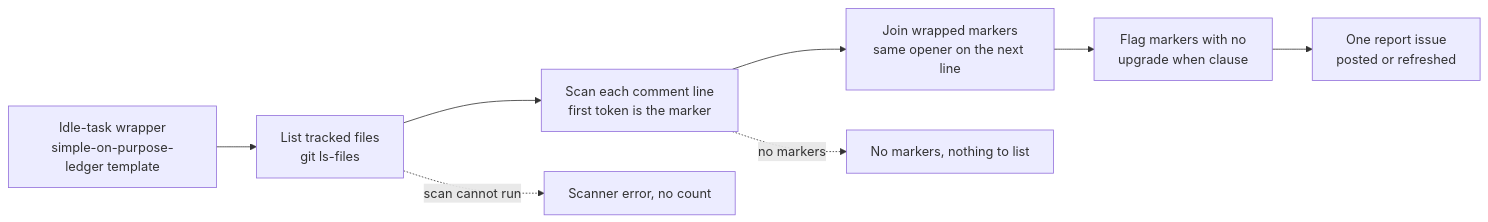
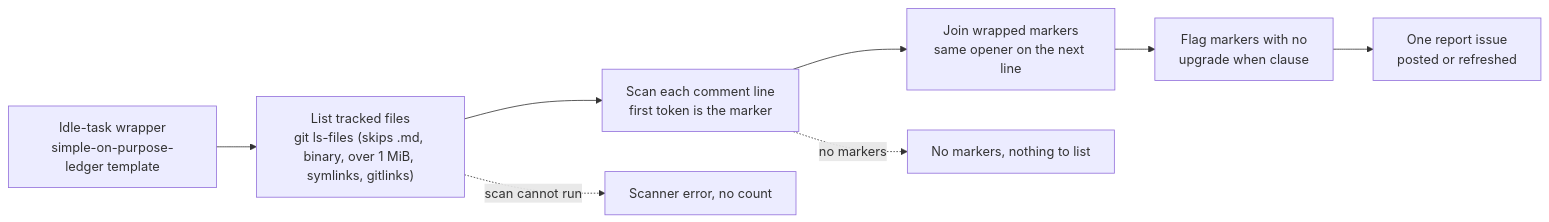
One commit to stSoftwareAU/VibeCoder changed the diagram in docs/SIMPLE-ON-PURPOSE-LEDGER.md. Above: the diagram before and after it, drawn with Mermaid. The commit also changed other lines of this file and 13 other files, not shown here.

````diff
--- a/docs/SIMPLE-ON-PURPOSE-LEDGER.md
+++ b/docs/SIMPLE-ON-PURPOSE-LEDGER.md
@@ -32,10 +33,10 @@
 ```mermaid
 flowchart LR
-    W["Idle-task wrapper<br/>simple-on-purpose-ledger template"] --> L["List tracked files<br/>git ls-files"]
+    W["Idle-task wrapper<br/>simple-on-purpose-ledger template"] --> L["List tracked files<br/>git ls-files (skips .md, binary, over 1 MiB, symlinks, gitlinks)"]
     L --> S["Scan each comment line<br/>first token is the marker"]
     S --> J["Join wrapped markers<br/>same opener on the next line"]
     J --> F["Flag markers with no<br/>upgrade when clause"]
     F --> R["One report issue<br/>posted or refreshed"]
     S -. no markers .-> E["No markers, nothing to list"]
     L -. scan cannot run .-> X["Scanner error, no count"]
 ```
````
